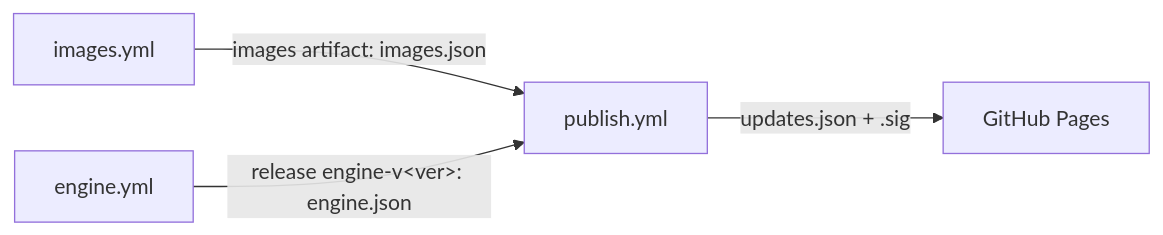
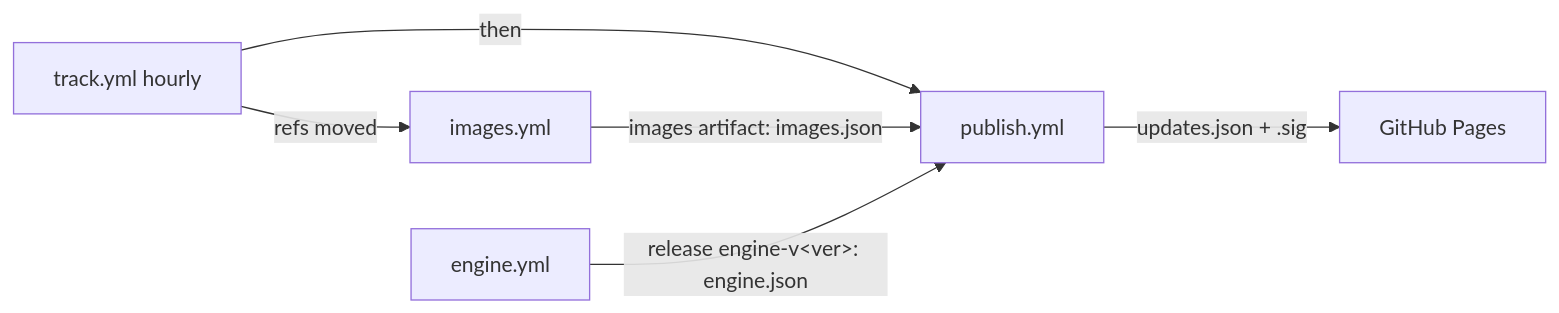
Before and after one commit to praffq/care_clinic: the diagram in docs/ci-publishing.md, drawn with Mermaid. The commit also changed other lines of this file and 22 other files, not shown here.

First line of the commit message:
S16: track CARE refs, build curated plugins into the images, builder images (#40)

````diff
--- a/docs/ci-publishing.md
+++ b/docs/ci-publishing.md
@@ -10,6 +11,8 @@
 ```mermaid
 flowchart LR
+  track[track.yml hourly] -->|refs moved| images
+  track -->|then| publish
   images[images.yml] -->|"images" artifact: images.json| publish[publish.yml]
   engine[engine.yml] -->|"release engine-v&lt;ver&gt;: engine.json"| publish
   publish -->|updates.json + .sig| pages[GitHub Pages]
 ```
````
